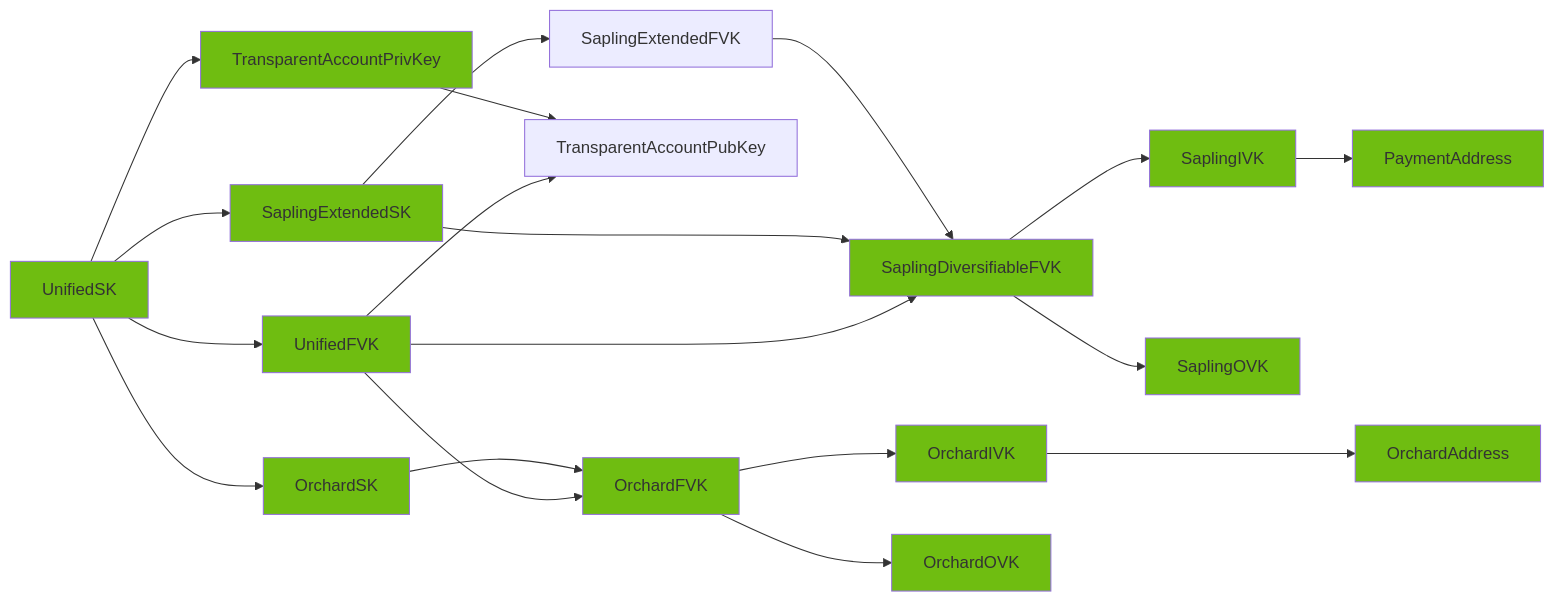
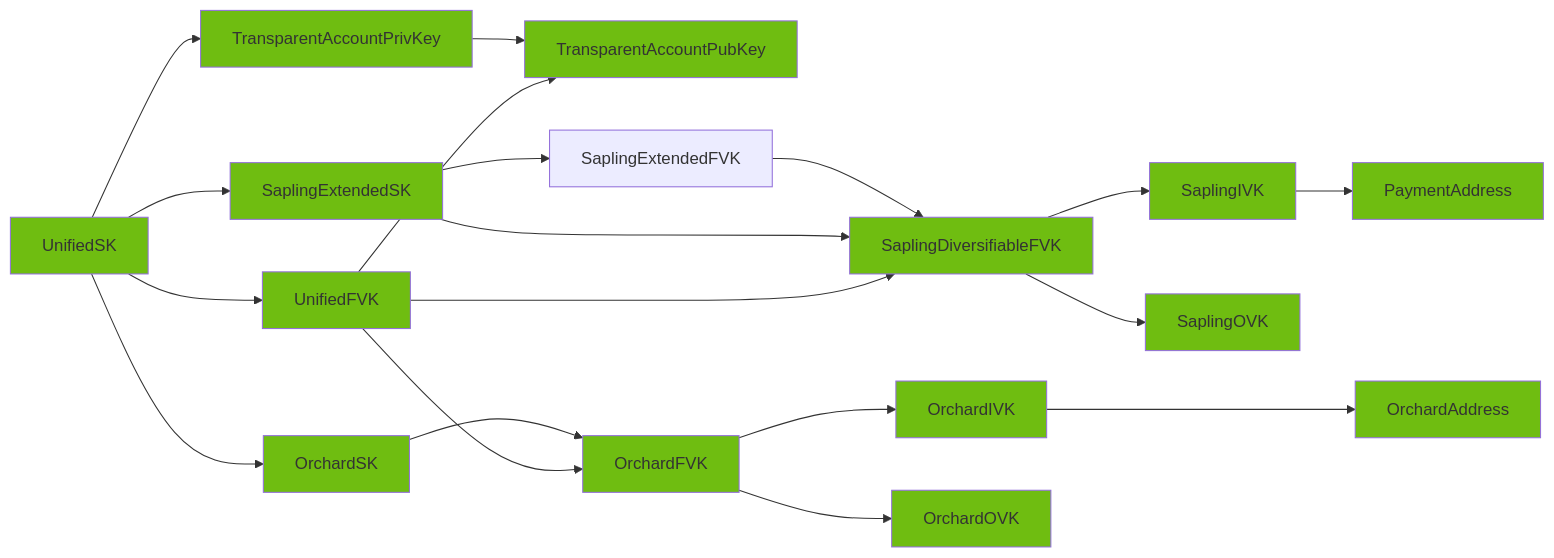
One commit to eigerco/uniffi-zcash-lib changed the diagram in STATUS.md. Above: the diagram before and after it, drawn with Mermaid. The commit also changed other lines of this file and 7 other files, not shown here.

Commit message:
Complete  ZcashAccountPubKey implementation (UDL, code) (#78)

````diff
--- a/STATUS.md
+++ b/STATUS.md
@@ -8,36 +8,37 @@
 ```mermaid
 graph LR;
 style TransparentAccountPrivKey fill:#6FBD11
+style TransparentAccountPubKey fill:#6FBD11
 style UnifiedSK fill:#6FBD11
 style UnifiedFVK fill:#6FBD11
 style SaplingDiversifiableFVK fill:#6FBD11
 style SaplingIVK fill:#6FBD11
 style SaplingOVK fill:#6FBD11
 style PaymentAddress fill:#6FBD11
 style OrchardFVK fill:#6FBD11
 style OrchardIVK fill:#6FBD11
 style OrchardOVK fill:#6FBD11
 style OrchardAddress fill:#6FBD11
 style SaplingExtendedSK fill:#6FBD11
 style OrchardSK fill:#6FBD11
 
 
 UnifiedSK-->TransparentAccountPrivKey
 TransparentAccountPrivKey-->TransparentAccountPubKey
 UnifiedSK-->SaplingExtendedSK
 SaplingExtendedSK-->SaplingExtendedFVK
 SaplingExtendedFVK-->SaplingDiversifiableFVK
 SaplingDiversifiableFVK-->SaplingIVK
 SaplingIVK-->PaymentAddress
 SaplingDiversifiableFVK-->SaplingOVK
 SaplingExtendedSK-->SaplingDiversifiableFVK
 UnifiedSK-->OrchardSK
 OrchardSK-->OrchardFVK
 OrchardFVK-->OrchardIVK
 OrchardIVK--->OrchardAddress
 OrchardFVK-->OrchardOVK
 UnifiedFVK-->TransparentAccountPubKey
 UnifiedFVK-->SaplingDiversifiableFVK
 UnifiedFVK-->OrchardFVK
 UnifiedSK-->UnifiedFVK
 ```
````
